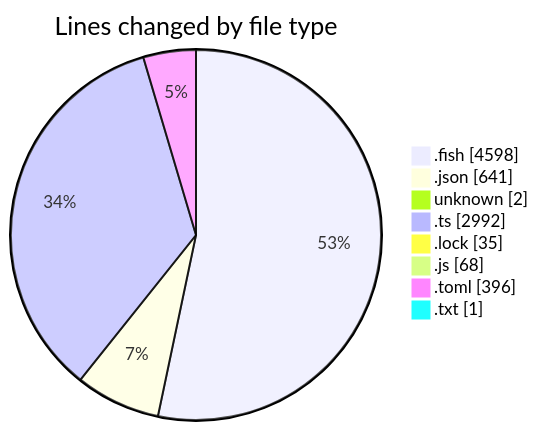
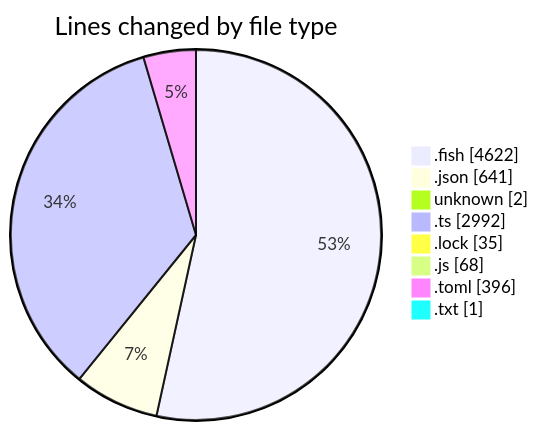
One commit to EIIisD/code-tracking changed the first of 2 diagrams in 2025-07-12/fish/README.md. Above: the diagram before and after it, drawn with Mermaid. The commit also changed other lines of this file and 1 other file, not shown here.

````diff
--- a/2025-07-12/fish/README.md
+++ b/2025-07-12/fish/README.md
@@ -203,12 +204,12 @@
 ```mermaid
 pie showData
 title Lines changed by file type
-".fish" : 4598
+".fish" : 4622
 ".json" : 641
 "unknown" : 2
 ".ts" : 2992
 ".lock" : 35
 ".js" : 68
 ".toml" : 396
 ".txt" : 1
 ```
````
